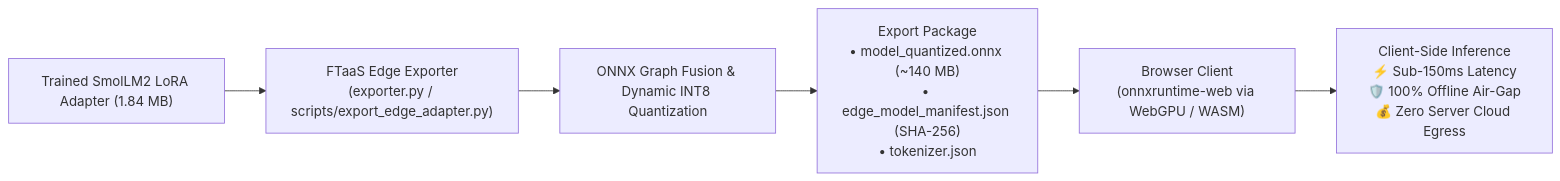
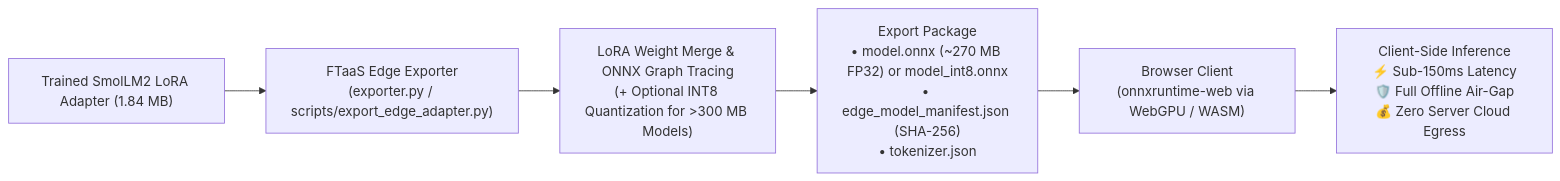
The diagram in docs/SMOL_PROTOTYPE_RESULTS.md (knowthankyew/event-driven-ftaas), drawn with Mermaid before and after one commit. The commit also changed other lines of this file and 24 other files, not shown here.

````diff
--- a/docs/SMOL_PROTOTYPE_RESULTS.md
+++ b/docs/SMOL_PROTOTYPE_RESULTS.md
@@ -85,8 +85,8 @@
 ```mermaid
 flowchart LR
     A["Trained SmolLM2 LoRA Adapter (1.84 MB)"] --> B["FTaaS Edge Exporter\n(exporter.py / scripts/export_edge_adapter.py)"]
-    B --> C["ONNX Graph Fusion & Dynamic INT8 Quantization"]
-    C --> D["Export Package\n• model_quantized.onnx (~140 MB)\n• edge_model_manifest.json (SHA-256)\n• tokenizer.json"]
+    B --> C["LoRA Weight Merge & ONNX Graph Tracing\n(+ Optional INT8 Quantization for >300 MB Models)"]
+    C --> D["Export Package\n• model.onnx (~270 MB FP32) or model_int8.onnx\n• edge_model_manifest.json (SHA-256)\n• tokenizer.json"]
     D --> E["Browser Client\n(onnxruntime-web via WebGPU / WASM)"]
-    E --> F["Client-Side Inference\n⚡ Sub-150ms Latency\n🛡️ 100% Offline Air-Gap\n💰 Zero Server Cloud Egress"]
+    E --> F["Client-Side Inference\n⚡ Sub-150ms Latency\n🛡️ Full Offline Air-Gap\n💰 Zero Server Cloud Egress"]
 ```
````
